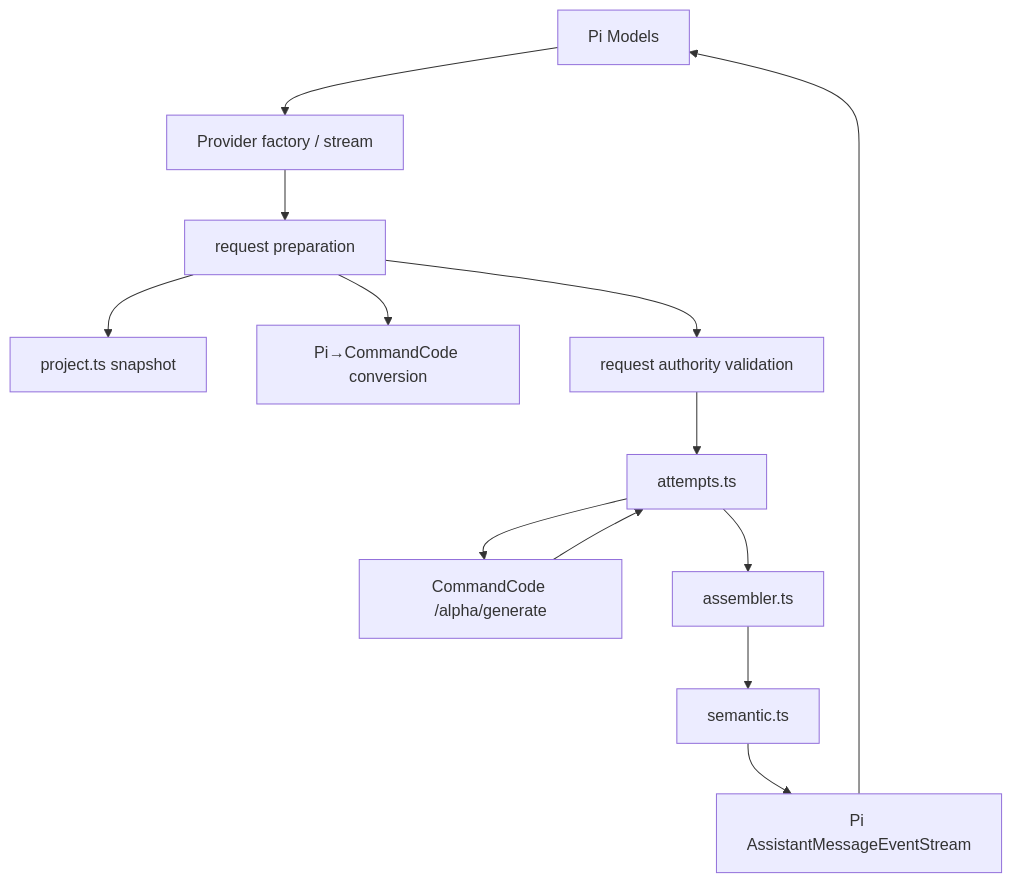
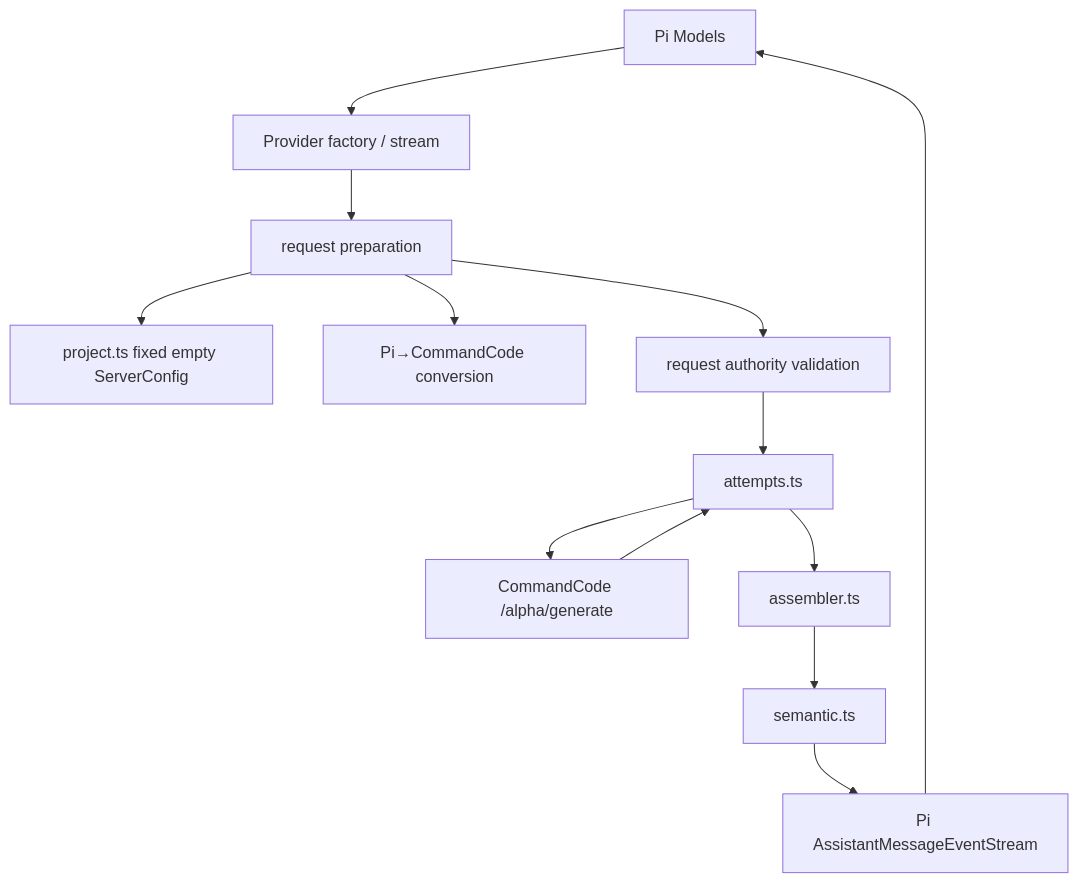
Before and after one commit to keeplearning2026/LuckyToken: diagram 13 of 19 in doc/LuckyTokenArchitecture.md, drawn with Mermaid. The commit also changed other lines of this file and 19 other files, not shown here.

Commit message:
docs: synchronize current architecture and product guidance

````diff
--- a/doc/LuckyTokenArchitecture.md
+++ b/doc/LuckyTokenArchitecture.md
@@ -1964,15 +1911,15 @@
 ```mermaid
 flowchart TD
     Models["Pi Models"] --> Provider["Provider factory / stream"]
     Provider --> Prep["request preparation"]
-    Prep --> Project["project.ts snapshot"]
+    Prep --> Config["project.ts fixed empty ServerConfig"]
     Prep --> Convert["Pi→CommandCode conversion"]
     Prep --> Validate["request authority validation"]
     Validate --> Attempts["attempts.ts"]
     Attempts --> Wire["CommandCode /alpha/generate"]
     Wire --> Attempts
     Attempts --> Assembler["assembler.ts"]
     Assembler --> Semantic["semantic.ts"]
     Semantic --> Stream["Pi AssistantMessageEventStream"]
     Stream --> Models
 ```
````
